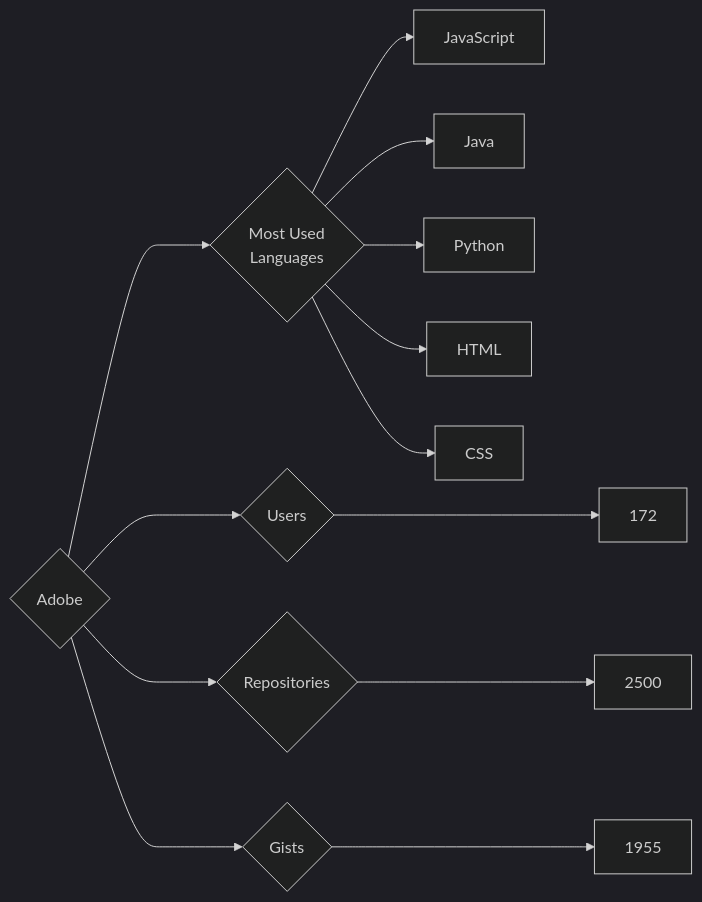
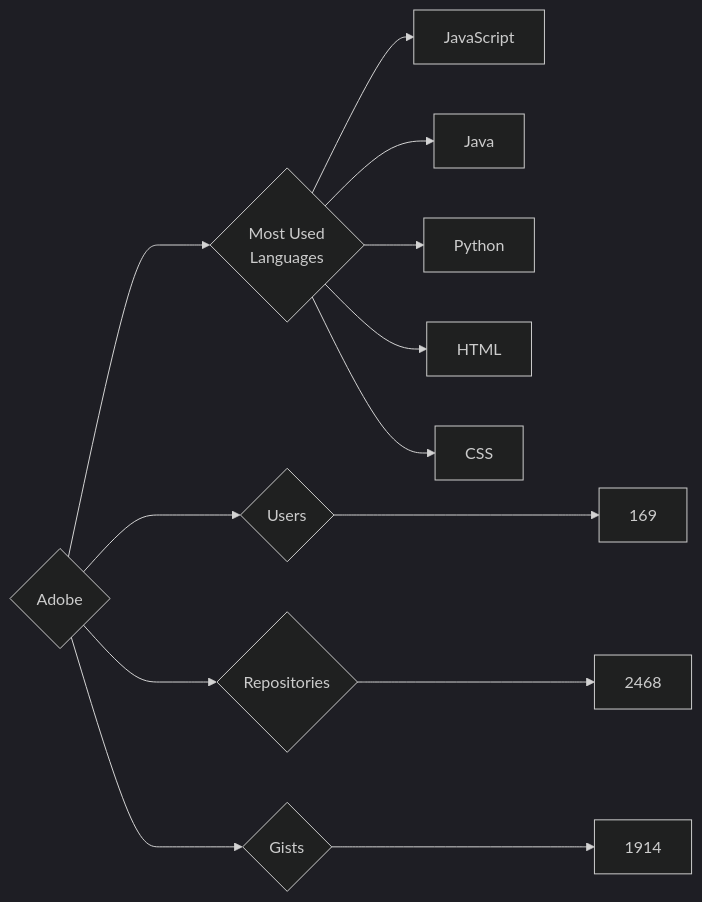
One commit to trickest/insiders changed the diagram in targets/Adobe/README.md. Above: the diagram before and after it, drawn with Mermaid (dark theme). The commit also changed 718 other files, not shown here.

````diff
--- a/targets/Adobe/README.md
+++ b/targets/Adobe/README.md
@@ -3,13 +3,13 @@
 ```mermaid
 graph LR
 COMPANY_NAME{Adobe}
-COMPANY_NAME ---> U{Users} ---> UN[172]
-COMPANY_NAME ---> R{Repositories} ---> RN[2500]
-COMPANY_NAME ---> G{Gists} ---> GN[1955]
+COMPANY_NAME ---> U{Users} ---> UN[169]
+COMPANY_NAME ---> R{Repositories} ---> RN[2468]
+COMPANY_NAME ---> G{Gists} ---> GN[1914]
 COMPANY_NAME ---> ML{Most Used<br>Languages}
 ML --> JavaScript[JavaScript]
 ML --> Java[Java]
 ML --> Python[Python]
 ML --> HTML[HTML]
 ML --> CSS[CSS]
 ```
````
